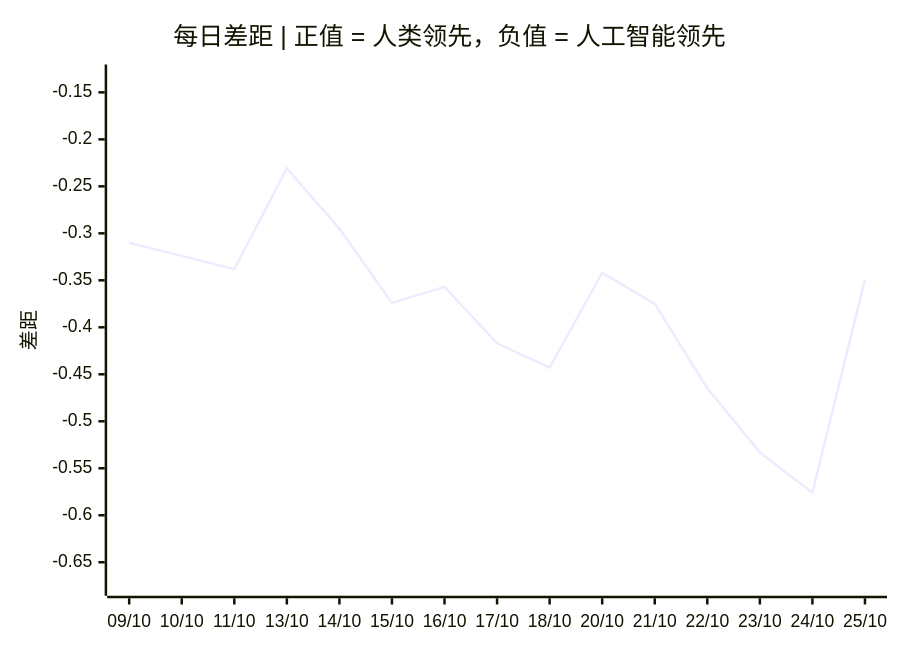
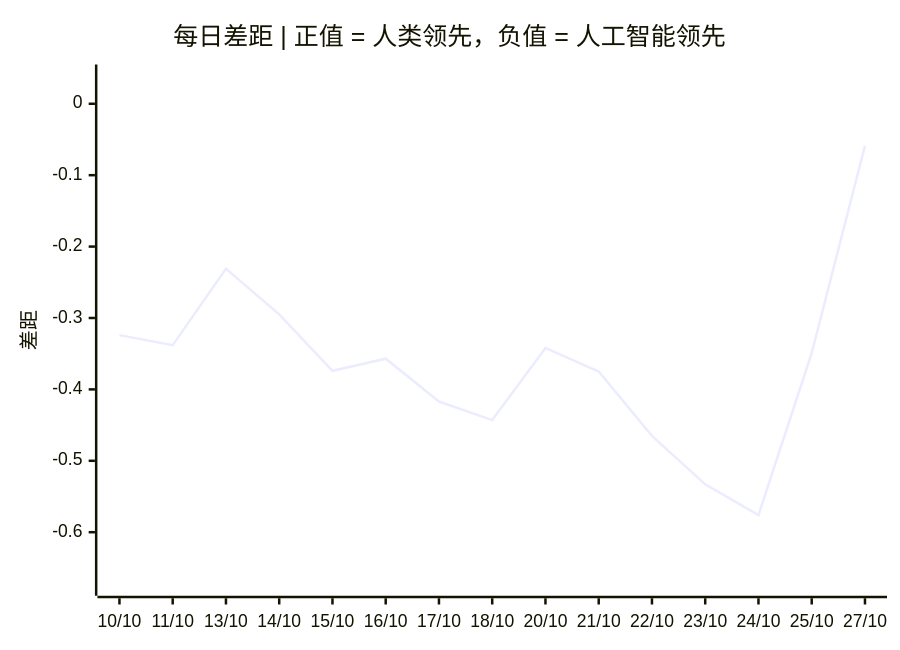
Before and after one commit to VQQLK/Human-AI-Monitor: the third of 3 diagrams in README.zh.md, drawn with Mermaid. The commit also changed other lines of this file and 5 other files, not shown here.

````diff
--- a/README.zh.md
+++ b/README.zh.md
@@ -56,7 +56,7 @@
 ```mermaid
 xychart-beta
     title "每日差距 | 正值 = 人类领先，负值 = 人工智能领先"
-    x-axis ["09/10", "10/10", "11/10", "13/10", "14/10", "15/10", "16/10", "17/10", "18/10", "20/10", "21/10", "22/10", "23/10", "24/10", "25/10"]
-    y-axis "差距" -0.675 --> -0.131
-    line [-0.310, -0.324, -0.338, -0.231, -0.295, -0.374, -0.357, -0.417, -0.443, -0.342, -0.375, -0.465, -0.533, -0.576, -0.349]
+    x-axis ["10/10", "11/10", "13/10", "14/10", "15/10", "16/10", "17/10", "18/10", "20/10", "21/10", "22/10", "23/10", "24/10", "25/10", "27/10"]
+    y-axis "差距" -0.675 --> 0.041
+    line [-0.324, -0.338, -0.231, -0.295, -0.374, -0.357, -0.417, -0.443, -0.342, -0.375, -0.465, -0.533, -0.576, -0.349, -0.059]
 ```
````
